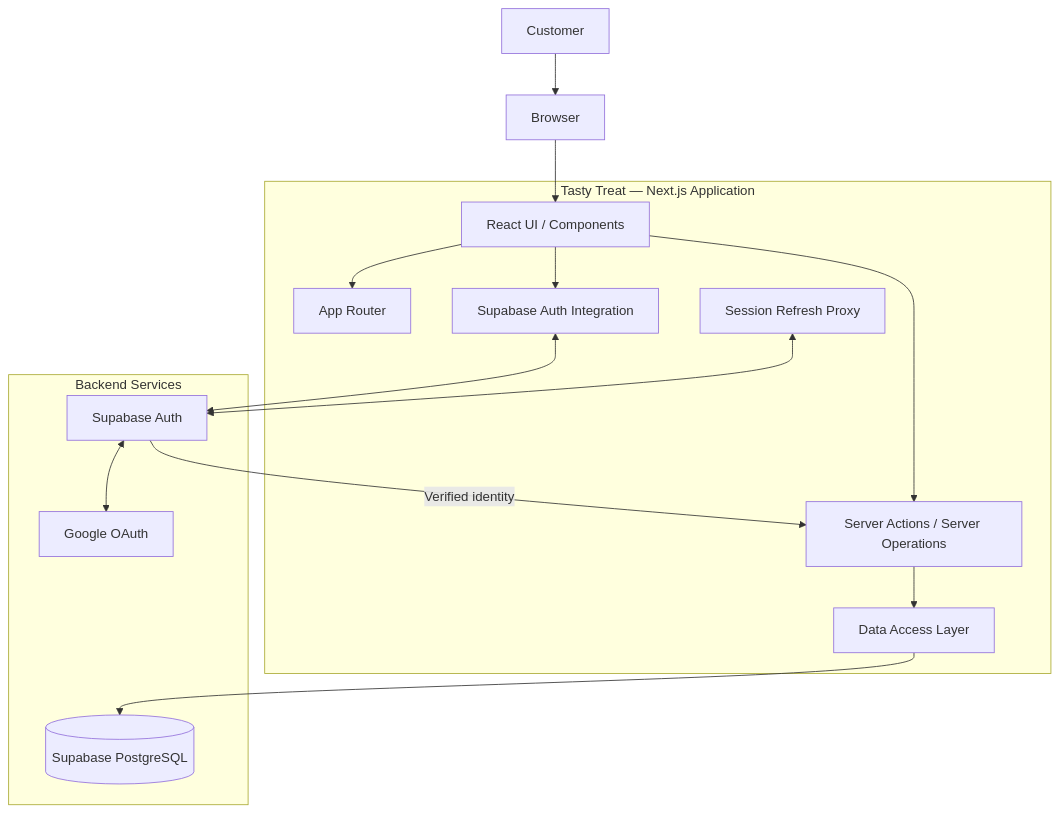
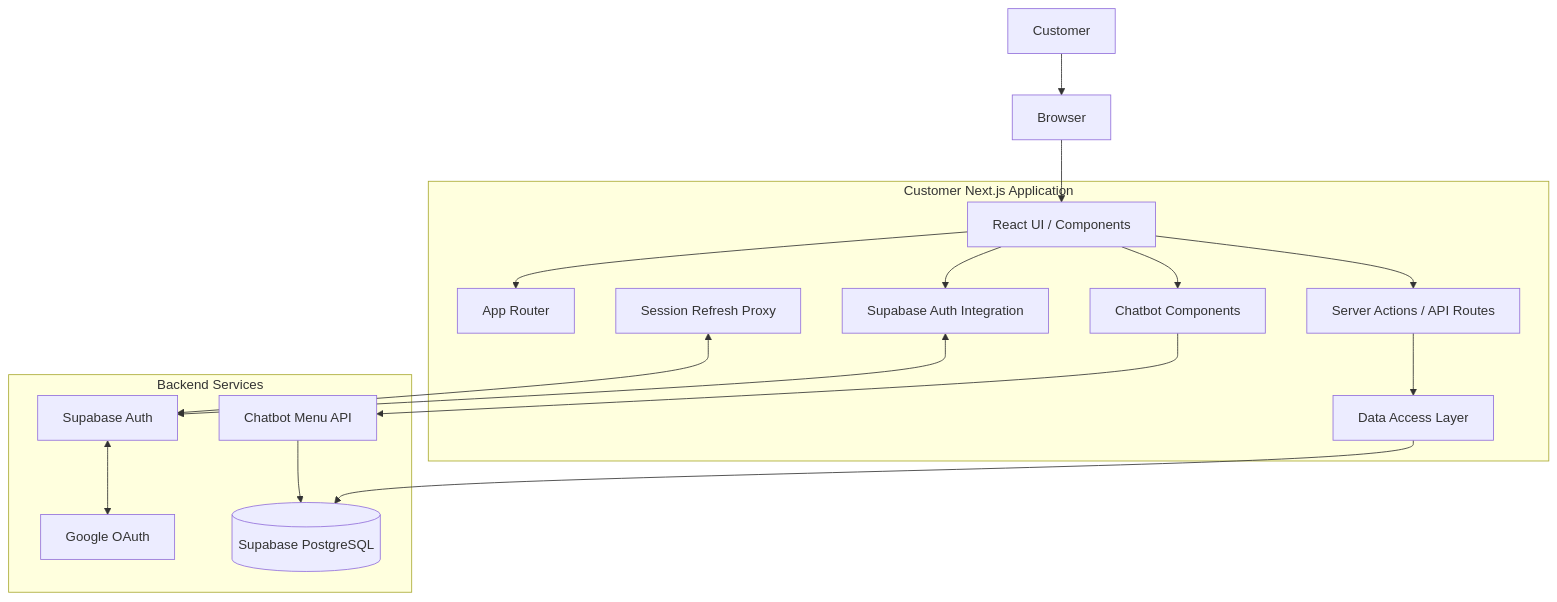
Before and after one commit to ashwin8223/tasty-treat-website: the second of 9 diagrams in README.md, drawn with Mermaid. The commit also changed other lines of this file and 1 other file, not shown here.

````diff
--- a/README.md
+++ b/README.md
@@ -90,32 +271,39 @@
 ```mermaid
 flowchart TB
-    USER["Customer"] --> BROWSER["Browser"]
+    USER["Customer"]
+    BROWSER["Browser"]
 
-    subgraph WEB["Tasty Treat — Next.js Application"]
+    subgraph CUSTOMER_APP["Customer Next.js Application"]
         UI["React UI / Components"]
         ROUTER["App Router"]
         AUTH_CLIENT["Supabase Auth Integration"]
-        SERVER_OPS["Server Actions / Server Operations"]
+        SERVER_OPS["Server Actions / API Routes"]
         DATA_LAYER["Data Access Layer"]
-        SESSION["Session Refresh Proxy"]
+        PROXY["Session Refresh Proxy"]
+        CHATBOT["Chatbot Components"]
     end
 
-    subgraph BACKEND["Backend Services"]
-        SUPABASE_AUTH["Supabase Auth"]
+    subgraph SERVICES["Backend Services"]
+        AUTH["Supabase Auth"]
         GOOGLE["Google OAuth"]
         DB[("Supabase PostgreSQL")]
+        API["Chatbot Menu API"]
     end
 
+    USER --> BROWSER
     BROWSER --> UI
     UI --> ROUTER
     UI --> AUTH_CLIENT
     UI --> SERVER_OPS
+    UI --> CHATBOT
 
-    AUTH_CLIENT <--> SUPABASE_AUTH
-    SUPABASE_AUTH <--> GOOGLE
-    SESSION <--> SUPABASE_AUTH
+    AUTH_CLIENT <--> AUTH
+    AUTH <--> GOOGLE
+    PROXY <--> AUTH
 
     SERVER_OPS --> DATA_LAYER
     DATA_LAYER --> DB
-    SUPABASE_AUTH -->|"Verified identity"| SERVER_OPS
+
+    CHATBOT --> API
+    API --> DB
 ```
````
